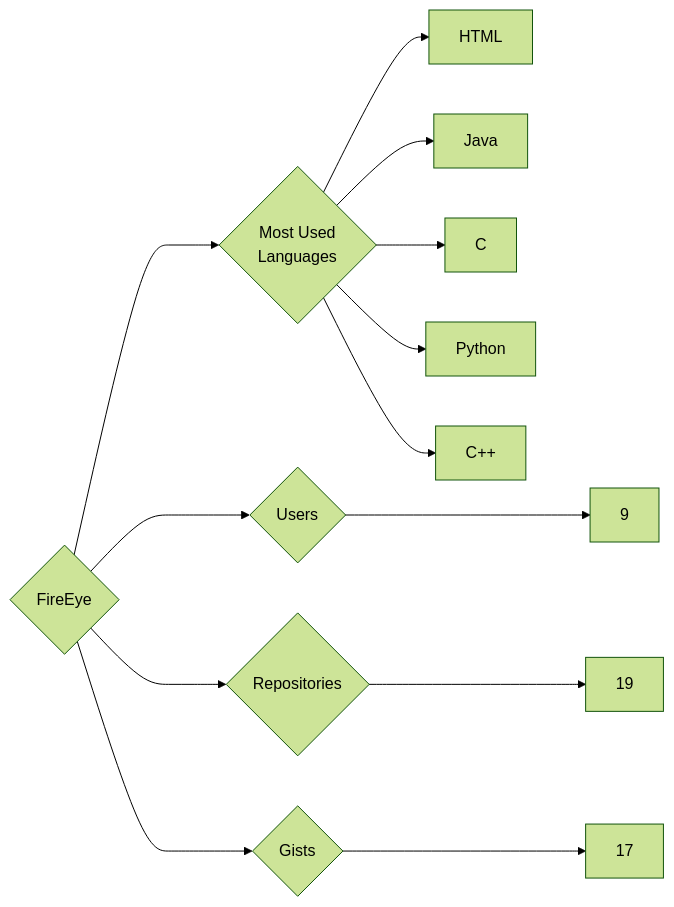
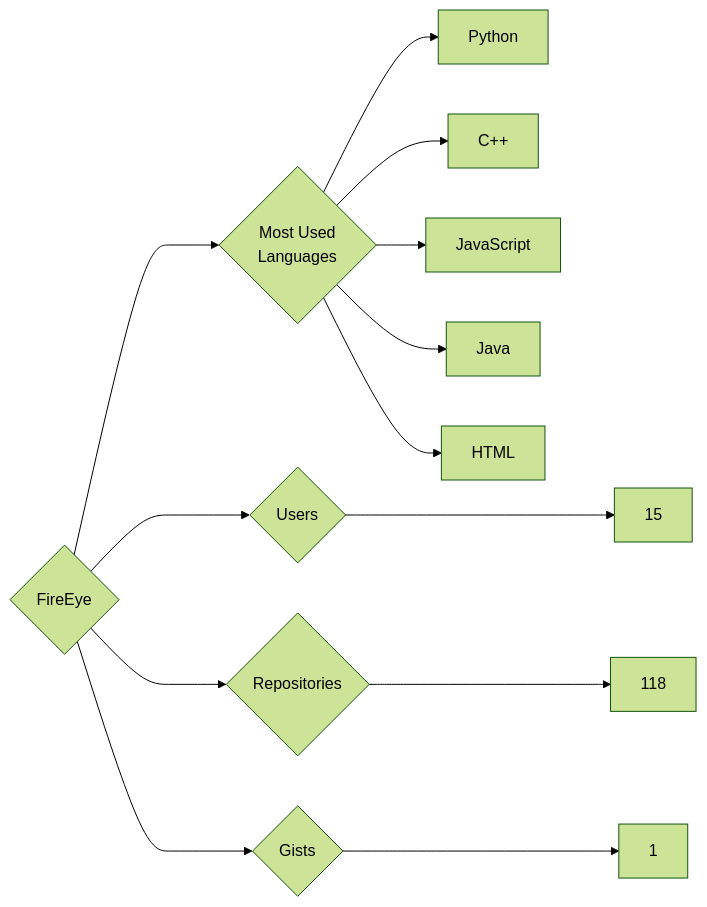
The diagram in targets/FireEye/README.md (trickest/insiders), drawn with Mermaid (forest theme) before and after one commit. The commit also changed 944 other files, not shown here.

````diff
--- a/targets/FireEye/README.md
+++ b/targets/FireEye/README.md
@@ -3,13 +3,13 @@
 ```mermaid
 graph LR
 COMPANY_NAME{FireEye}
-COMPANY_NAME ---> U{Users} ---> UN[9]
-COMPANY_NAME ---> R{Repositories} ---> RN[19]
-COMPANY_NAME ---> G{Gists} ---> GN[17]
+COMPANY_NAME ---> U{Users} ---> UN[15]
+COMPANY_NAME ---> R{Repositories} ---> RN[118]
+COMPANY_NAME ---> G{Gists} ---> GN[1]
 COMPANY_NAME ---> ML{Most Used<br>Languages}
-ML --> HTML[HTML]
-ML --> Java[Java]
-ML --> C[C]
 ML --> Python[Python]
 ML --> C++[C++]
+ML --> JavaScript[JavaScript]
+ML --> Java[Java]
+ML --> HTML[HTML]
 ```
````
